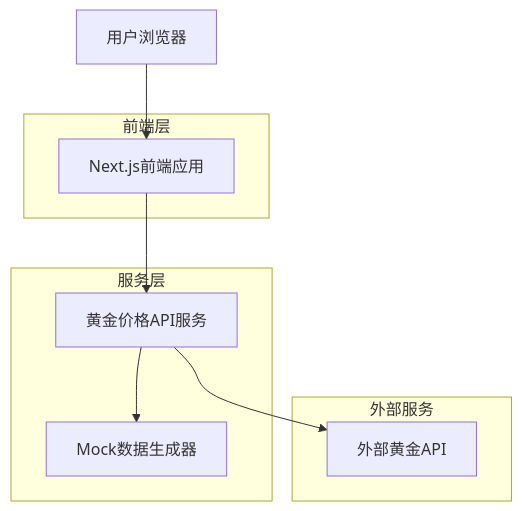
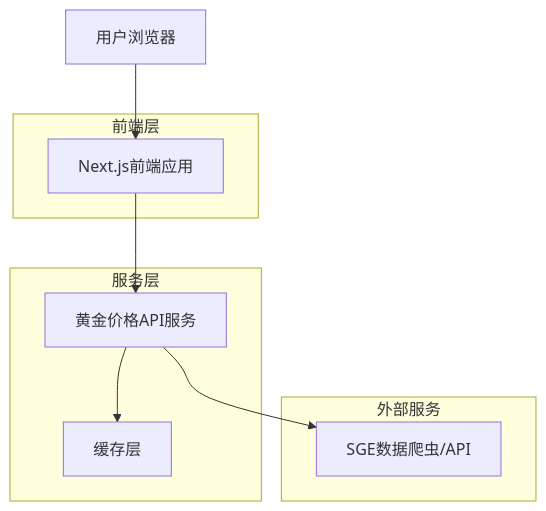
Before and after one commit to al2work/huangjin: the diagram in docs/technical-architecture.md, drawn with Mermaid. The commit also changed other lines of this file and 5 other files, not shown here.

````diff
--- a/docs/technical-architecture.md
+++ b/docs/technical-architecture.md
@@ -3,20 +3,20 @@
 ```mermaid
 graph TD
     A[用户浏览器] --> B[Next.js前端应用]
     B --> C[黄金价格API服务]
-    C --> D[Mock数据生成器]
-    C --> E[外部黄金API]
+    C --> D[SGE数据爬虫/API]
+    C --> E[缓存层]
 
     subgraph "前端层"
         B
     end
 
     subgraph "服务层"
         C
-        D
+        E
     end
 
     subgraph "外部服务"
-        E
+        D
     end
 ```
````
